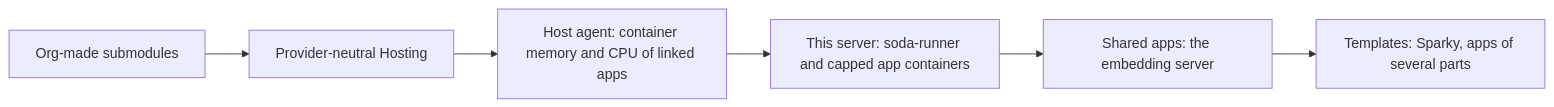
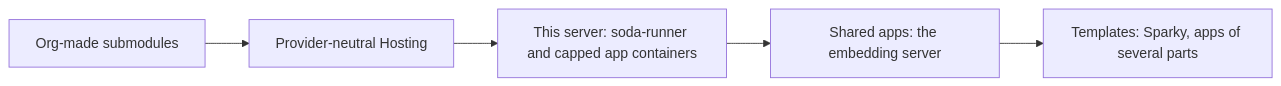
Before and after one commit to asusoda/soda-internal-api: the diagram in docs/roadmap.md, drawn with Mermaid. The commit also changed other lines of this file and 22 other files, not shown here.

First line of the commit message:
Remove linked apps: Hosting shows only apps Platform deploys

````diff
--- a/docs/roadmap.md
+++ b/docs/roadmap.md
@@ -17,8 +17,7 @@
 ```mermaid
 flowchart LR
   a["Org-made submodules"] --> b["Provider-neutral Hosting"]
-  b --> c["Host agent: container memory and CPU of linked apps"]
-  c --> d["This server: soda-runner and capped app containers"]
+  b --> d["This server: soda-runner and capped app containers"]
   d --> e["Shared apps: the embedding server"]
   e --> f["Templates: Sparky, apps of several parts"]
 ```
````
